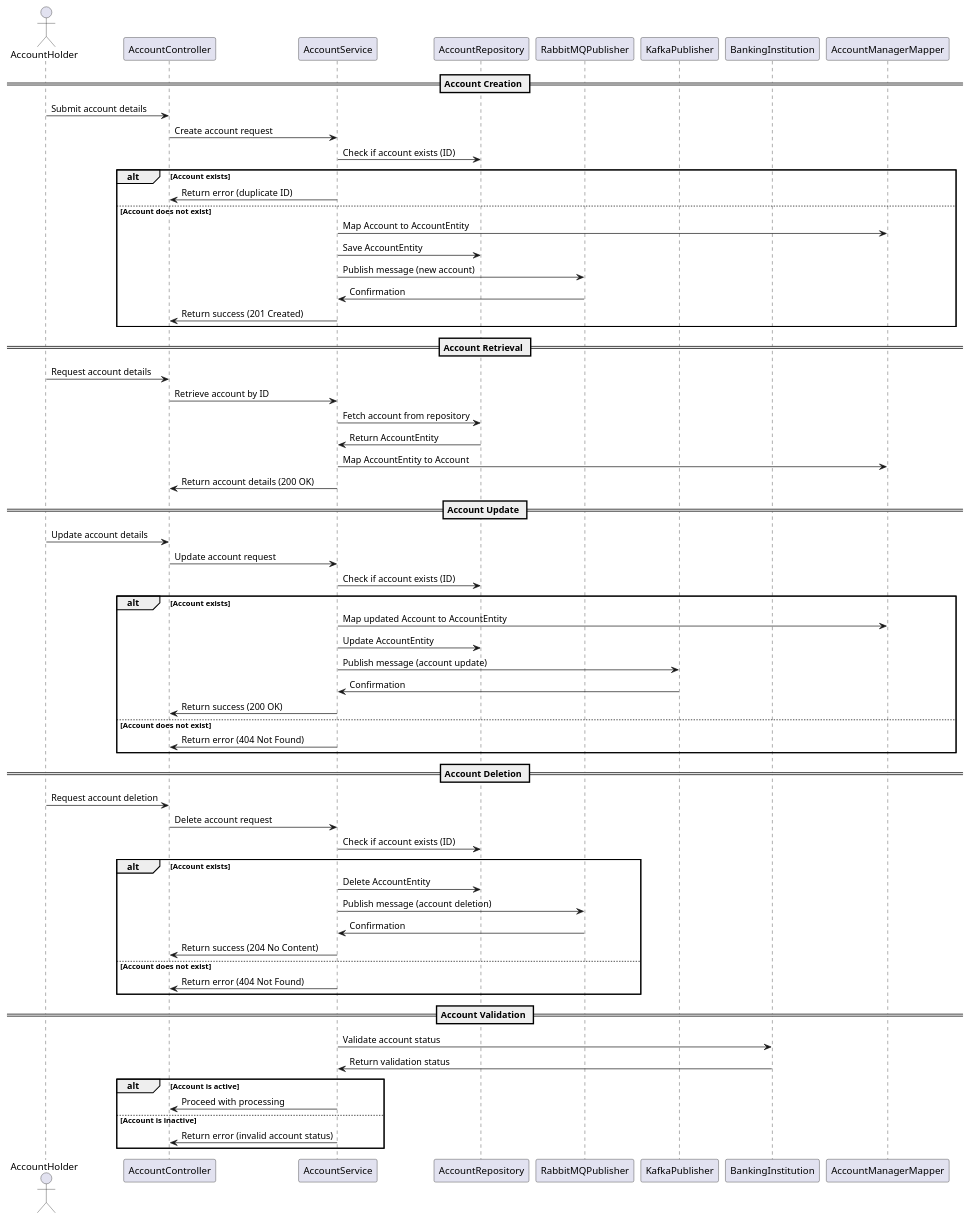
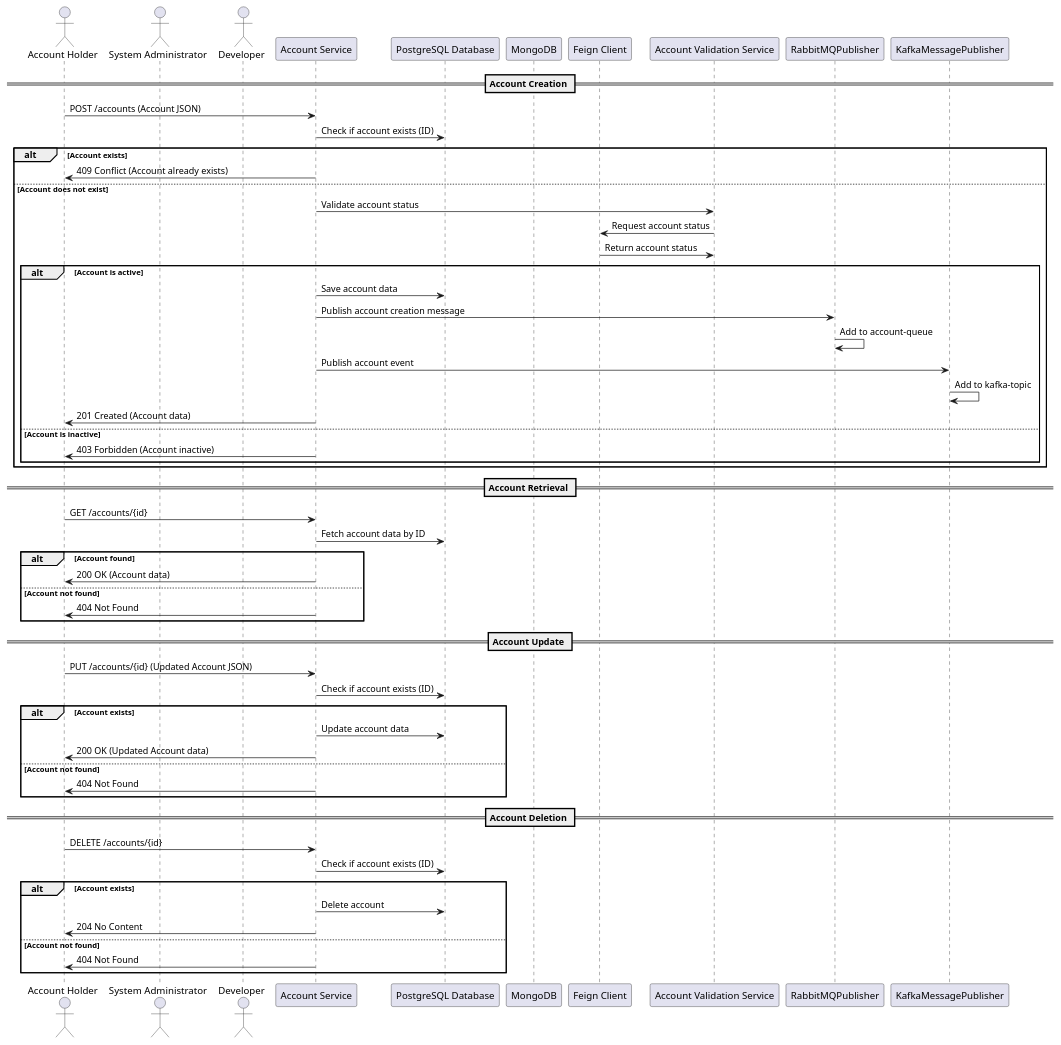
One commit to Bhaskar-Pavan/AccountService changed the diagram in design_document/Account_service.md. Above: the diagram before and after it, drawn with PlantUML. The commit also changed other lines of this file, not shown here.

````diff
--- a/design_document/Account_service.md
+++ b/design_document/Account_service.md
@@ -38,71 +36,65 @@
 ```plantuml
 @startuml
-actor AccountHolder as AH
-participant "AccountController" as AC
-participant "AccountService" as AS
-participant "AccountRepository" as AR
-participant "RabbitMQPublisher" as RMP
-participant "KafkaPublisher" as KP
-participant "BankingInstitution" as BI
-participant "AccountManagerMapper" as AMM
+actor "Account Holder" as AH
+actor "System Administrator" as SA
+actor "Developer" as D
+participant "Account Service" as AS
+participant "PostgreSQL Database" as PG
+participant "MongoDB" as MDB
+participant "Feign Client" as FC
+participant "Account Validation Service" as AVS
+participant "RabbitMQPublisher" as RQ
+participant "KafkaMessagePublisher" as KMP
 
 == Account Creation ==
-AH -> AC : Submit account details
-AC -> AS : Create account request
-AS -> AR : Check if account exists (ID)
+AH -> AS : POST /accounts (Account JSON)
+AS -> PG : Check if account exists (ID)
 alt Account exists
-    AS -> AC : Return error (duplicate ID)
+    AS -> AH : 409 Conflict (Account already exists)
 else Account does not exist
-    AS -> AMM : Map Account to AccountEntity
-    AS -> AR : Save AccountEntity
-    AS -> RMP : Publish message (new account)
-    RMP -> AS : Confirmation
-    AS -> AC : Return success (201 Created)
+    AS -> AVS : Validate account status
+    AVS -> FC : Request account status
+    FC -> AVS : Return account status
+    alt Account is active
+        AS -> PG : Save account data
+        AS -> RQ : Publish account creation message
+        RQ -> RQ : Add to account-queue
+        AS -> KMP : Publish account event
+        KMP -> KMP : Add to kafka-topic
+        AS -> AH : 201 Created (Account data)
+    else Account is inactive
+        AS -> AH : 403 Forbidden (Account inactive)
+    end
 end
 
 == Account Retrieval ==
-AH -> AC : Request account details
-AC -> AS : Retrieve account by ID
-AS -> AR : Fetch account from repository
-AR -> AS : Return AccountEntity
-AS -> AMM : Map AccountEntity to Account
-AS -> AC : Return account details (200 OK)
+AH -> AS : GET /accounts/{id}
+AS -> PG : Fetch account data by ID
+alt Account found
+    AS -> AH : 200 OK (Account data)
+else Account not found
+    AS -> AH : 404 Not Found
+end
 
 == Account Update ==
-AH -> AC : Update account details
-AC -> AS : Update account request
-AS -> AR : Check if account exists (ID)
+AH -> AS : PUT /accounts/{id} (Updated Account JSON)
+AS -> PG : Check if account exists (ID)
 alt Account exists
-    AS -> AMM : Map updated Account to AccountEntity
-    AS -> AR : Update AccountEntity
-    AS -> KP : Publish message (account update)
-    KP -> AS : Confirmation
-    AS -> AC : Return success (200 OK)
-else Account does not exist
-    AS -> AC : Return error (404 Not Found)
+    AS -> PG : Update account data
+    AS -> AH : 200 OK (Updated Account data)
+else Account not found
+    AS -> AH : 404 Not Found
 end
 
 == Account Deletion ==
-AH -> AC : Request account deletion
-AC -> AS : Delete account request
-AS -> AR : Check if account exists (ID)
+AH -> AS : DELETE /accounts/{id}
+AS -> PG : Check if account exists (ID)
 alt Account exists
-    AS -> AR : Delete AccountEntity
-    AS -> RMP : Publish message (account deletion)
-    RMP -> AS : Confirmation
-    AS -> AC : Return success (204 No Content)
-else Account does not exist
-    AS -> AC : Return error (404 Not Found)
-end
-
-== Account Validation ==
-AS -> BI : Validate account status
-BI -> AS : Return validation status
-alt Account is active
-    AS -> AC : Proceed with processing
-else Account is inactive
-    AS -> AC : Return error (invalid account status)
+    AS -> PG : Delete account
+    AS -> AH : 204 No Content
+else Account not found
+    AS -> AH : 404 Not Found
 end
 
 @enduml
 ```
````
